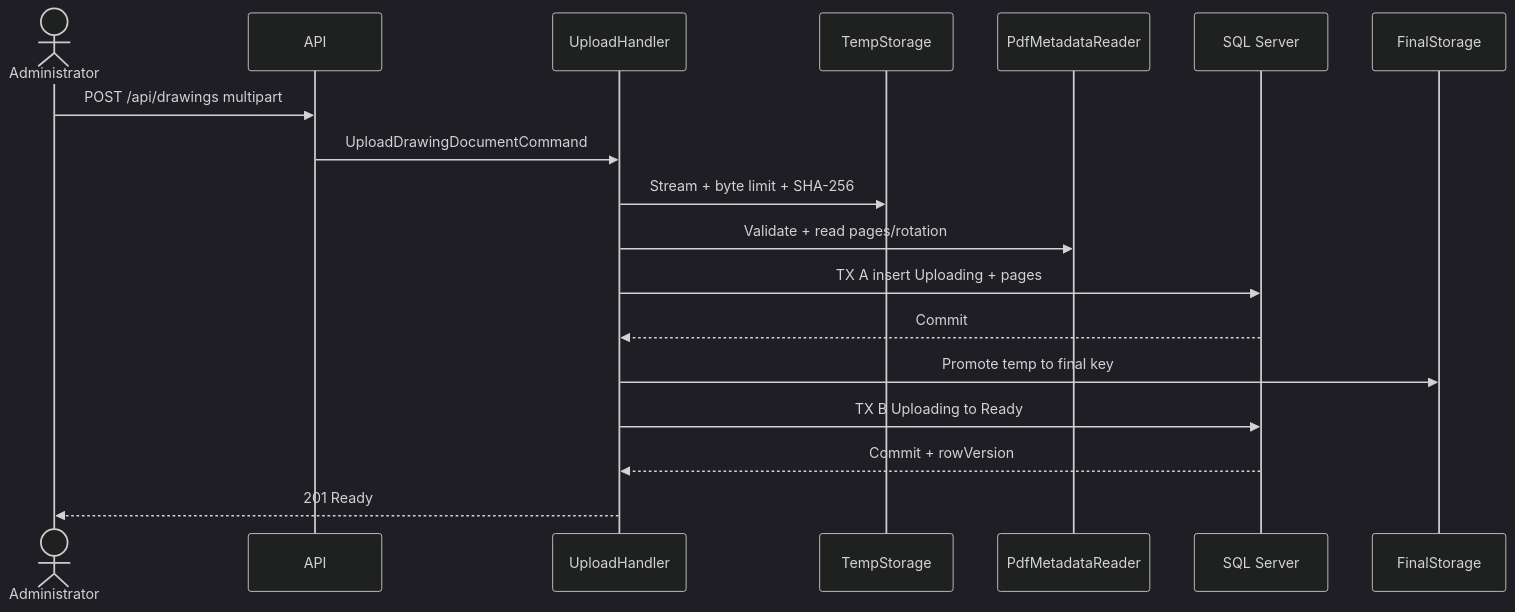
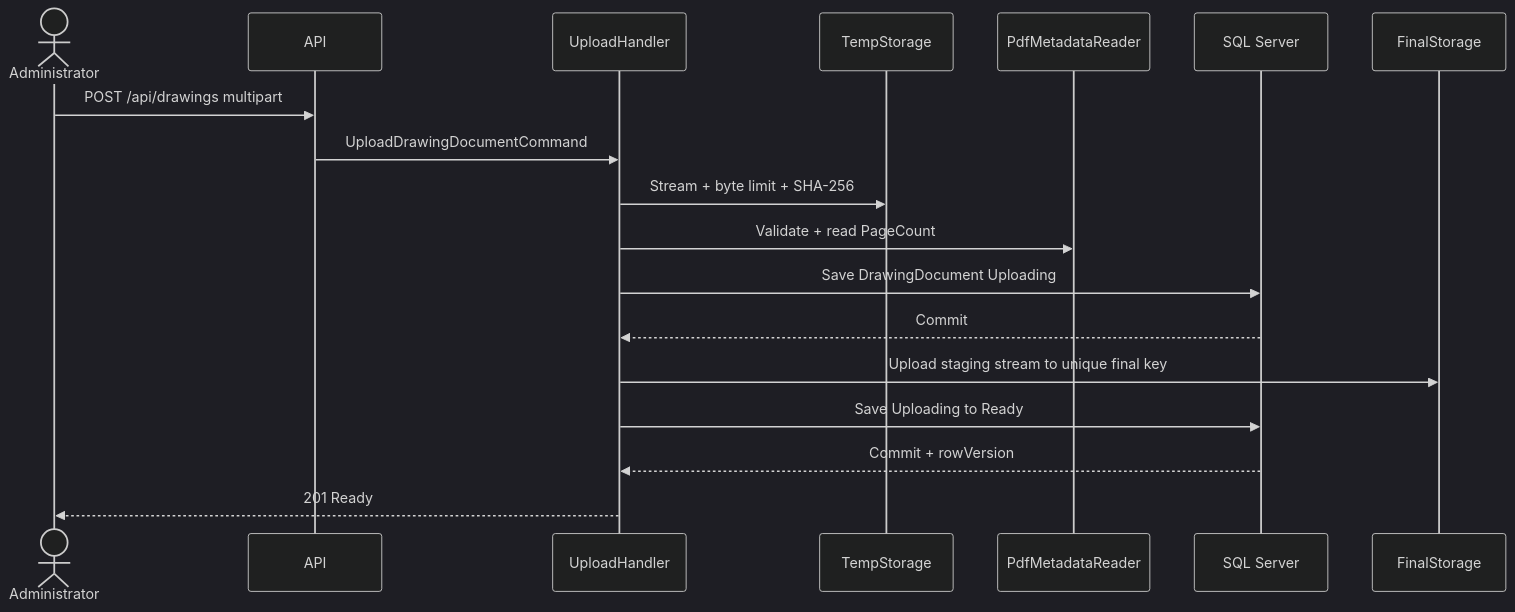
One commit to ngockhanhdo0211/ConstructionInspectionTraining changed the second of 7 diagrams in docs/06-drawing-document-and-viewport-design.md. Above: the diagram before and after it, drawn with Mermaid (dark theme). The commit also changed other lines of this file and 4 other files, not shown here.

````diff
--- a/docs/06-drawing-document-and-viewport-design.md
+++ b/docs/06-drawing-document-and-viewport-design.md
@@ -565,20 +565,20 @@
 ```mermaid
 sequenceDiagram
     actor A as Administrator
     participant API
     participant H as UploadHandler
     participant T as TempStorage
     participant P as PdfMetadataReader
     participant DB as SQL Server
     participant F as FinalStorage
     A->>API: POST /api/drawings multipart
     API->>H: UploadDrawingDocumentCommand
     H->>T: Stream + byte limit + SHA-256
-    H->>P: Validate + read pages/rotation
-    H->>DB: TX A insert Uploading + pages
+    H->>P: Validate + read PageCount
+    H->>DB: Save DrawingDocument Uploading
     DB-->>H: Commit
-    H->>F: Promote temp to final key
-    H->>DB: TX B Uploading to Ready
+    H->>F: Upload staging stream to unique final key
+    H->>DB: Save Uploading to Ready
     DB-->>H: Commit + rowVersion
     H-->>A: 201 Ready
 ```
````
